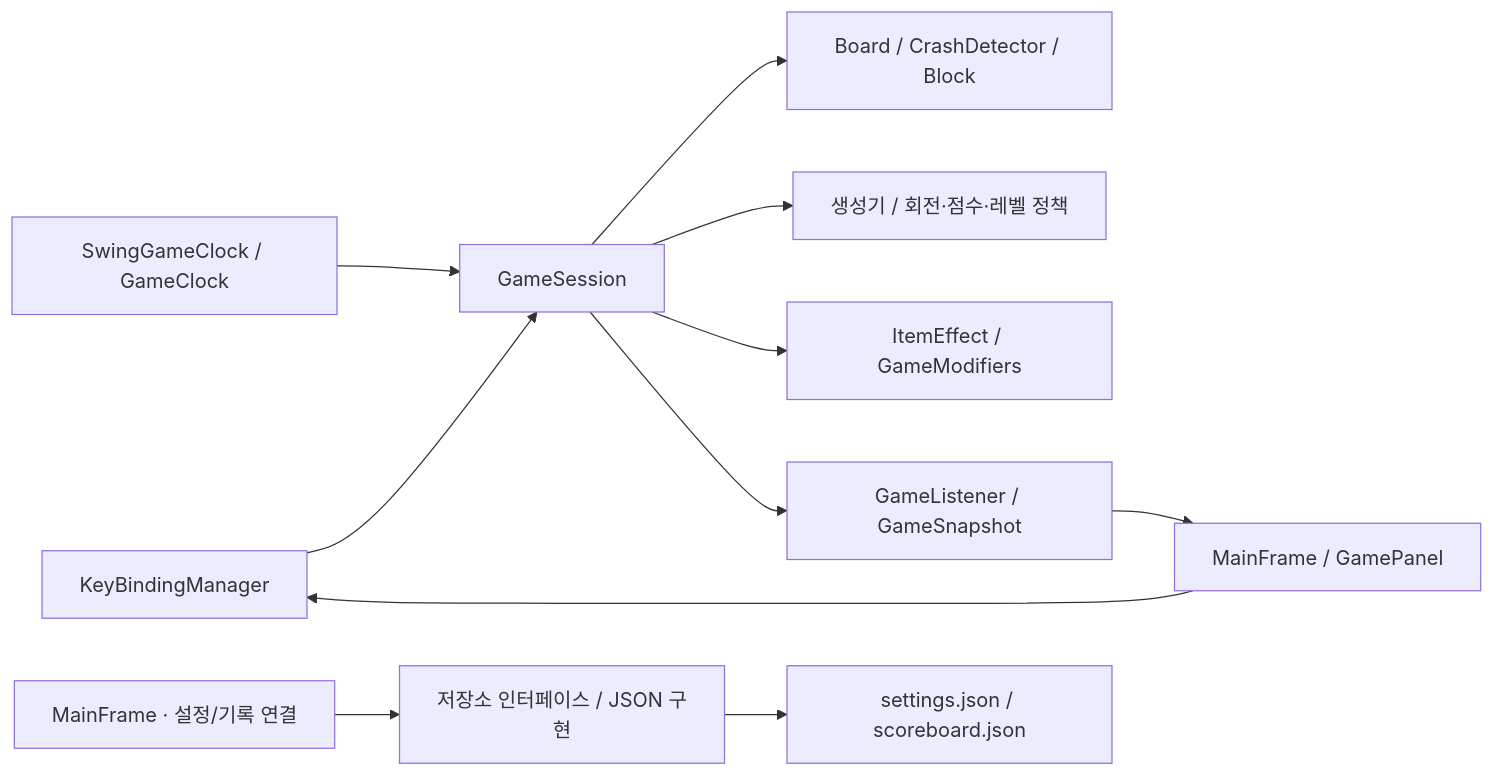
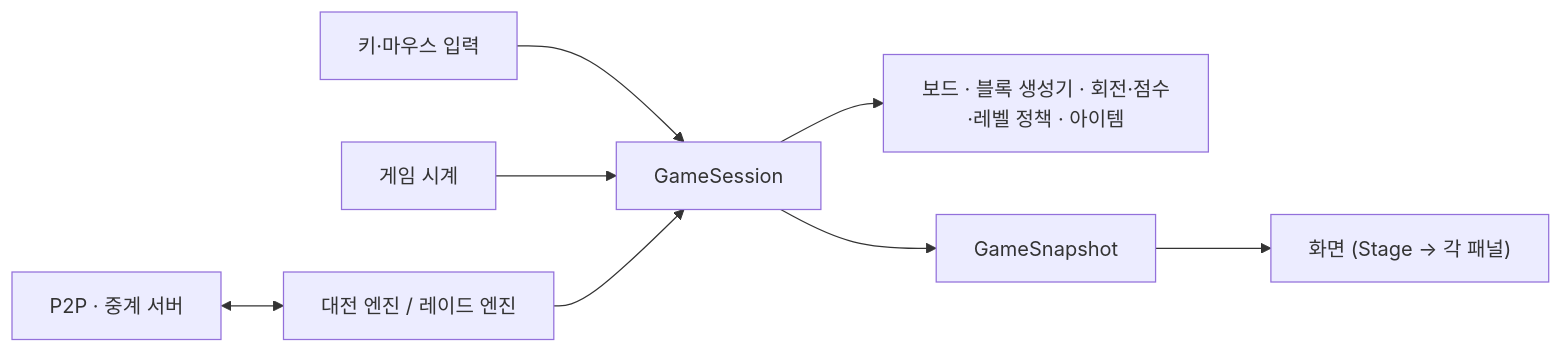
Before and after one commit to yoobinkim541/STetris: the second of 2 diagrams in README.md, drawn with Mermaid. The commit also changed other lines of this file and 11 other files, not shown here.

````diff
--- a/README.md
+++ b/README.md
@@ -129,13 +259,10 @@
 ```mermaid
 flowchart LR
-    Input["KeyBindingManager"] --> Session["GameSession"]
-    Clock["SwingGameClock / GameClock"] --> Session
-    Session --> Board["Board / CrashDetector / Block"]
-    Session --> Rules["생성기 / 회전·점수·레벨 정책"]
-    Session --> Items["ItemEffect / GameModifiers"]
-    Session --> Snapshot["GameListener / GameSnapshot"]
-    Snapshot --> View["MainFrame / GamePanel"]
-    View --> Input
-    Frame["MainFrame · 설정/기록 연결"] --> Repo["저장소 인터페이스 / JSON 구현"]
-    Repo --> Json["settings.json / scoreboard.json"]
+    Input["키·마우스 입력"] --> Session["GameSession"]
+    Clock["게임 시계"] --> Session
+    Session --> Rules["보드 · 블록 생성기 · 회전·점수·레벨 정책 · 아이템"]
+    Session --> Snapshot["GameSnapshot"]
+    Snapshot --> View["화면 (Stage → 각 패널)"]
+    Versus["대전 엔진 / 레이드 엔진"] --> Session
+    Net["P2P · 중계 서버"] <--> Versus
 ```
````
